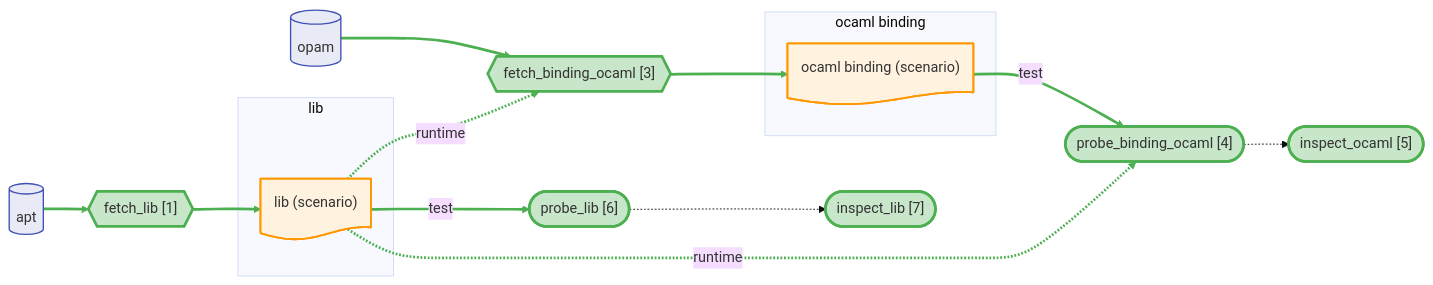
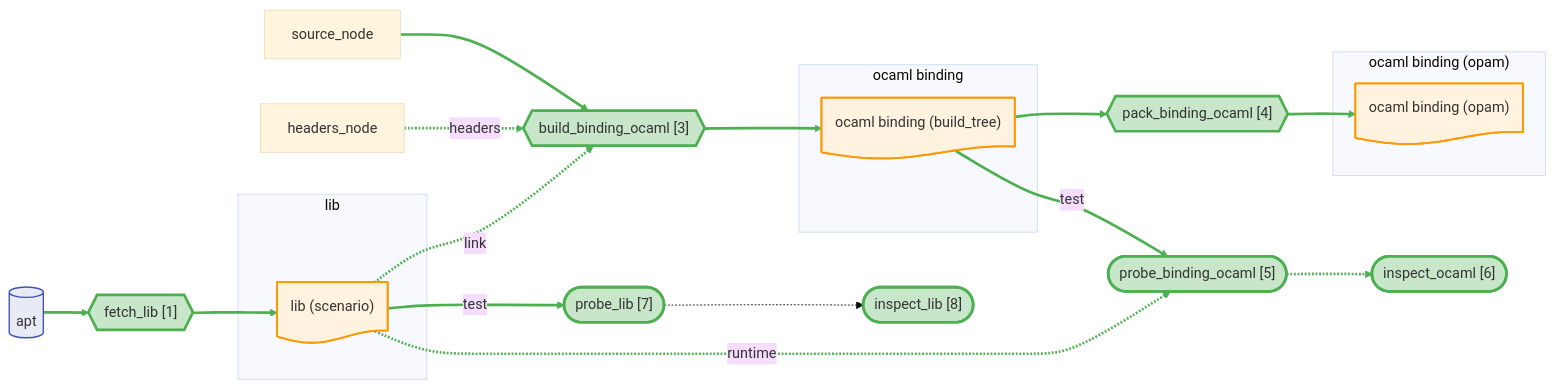
The diagram in docs/canary/projects/zarith/-run/diagrams/full.mmd (JHU-PL-Lab/tola), drawn with Mermaid (base theme) before and after one commit. The commit also changed 110 other files, not shown here.

```diff
--- a/docs/canary/projects/zarith/-run/diagrams/full.mmd
+++ b/docs/canary/projects/zarith/-run/diagrams/full.mmd
@@ -1,54 +1,65 @@
 %% view: full
 graph LR
     subgraph lib_sg ["lib"]
       lib_node@{ shape: doc, label: "lib (scenario)" }
     end
-    subgraph ocaml_binding_sg ["ocaml binding"]
-      ocaml_binding_node@{ shape: doc, label: "ocaml binding (scenario)" }
+    subgraph ocaml_binding_input_sg ["ocaml binding"]
+      ocaml_binding_build_tree_node@{ shape: doc, label: "ocaml binding (build_tree)" }
+    end
+    subgraph ocaml_binding_product_sg ["ocaml binding (opam)"]
+      ocaml_binding_opam_node@{ shape: doc, label: "ocaml binding (opam)" }
     end
 
     apt_store@{ shape: cyl, label: "apt" }
-    opam_store@{ shape: cyl, label: "opam" }
 
     A_fetch_lib{{"fetch_lib [1]"}}
-    A_fetch_binding_ocaml{{"fetch_binding_ocaml [3]"}}
-    A_probe_binding_ocaml(["probe_binding_ocaml [4]"])
-    A_probe_binding_ocaml_inspect(["inspect_ocaml [5]"])
-    A_probe_lib(["probe_lib [6]"])
-    A_probe_lib_inspect(["inspect_lib [7]"])
+    A_build_binding_ocaml{{"build_binding_ocaml [3]"}}
+    A_pack_binding_ocaml{{"pack_binding_ocaml [4]"}}
+    A_probe_binding_ocaml(["probe_binding_ocaml [5]"])
+    A_probe_binding_ocaml_inspect(["inspect_ocaml [6]"])
+    A_probe_lib(["probe_lib [7]"])
+    A_probe_lib_inspect(["inspect_lib [8]"])
 
     apt_store --> A_fetch_lib --> lib_node
     lib_node -->|test| A_probe_lib
-    opam_store --> A_fetch_binding_ocaml --> ocaml_binding_node
-    lib_node -.->|runtime| A_fetch_binding_ocaml
-    ocaml_binding_node -->|test| A_probe_binding_ocaml
+    source_node --> A_build_binding_ocaml
+    headers_node -.->|headers| A_build_binding_ocaml
+    lib_node -.->|link| A_build_binding_ocaml
+    A_build_binding_ocaml --> ocaml_binding_build_tree_node
+    ocaml_binding_build_tree_node --> A_pack_binding_ocaml
+    A_pack_binding_ocaml --> ocaml_binding_opam_node
+    ocaml_binding_build_tree_node -->|test| A_probe_binding_ocaml
     lib_node -.->|runtime| A_probe_binding_ocaml
     A_probe_binding_ocaml -.-> A_probe_binding_ocaml_inspect
     A_probe_lib -.-> A_probe_lib_inspect
 
     classDef artifact fill:#fff3e0,stroke:#ff9800,stroke-width:2px
     classDef store fill:#e8eaf6,stroke:#3f51b5,stroke-width:1.5px
     classDef st_done fill:#c8e6c9,stroke:#4caf50,stroke-width:3px
     classDef st_done_ctx fill:#e8f5e9,stroke:#a5d6a7,stroke-width:1.5px
     classDef st_expected_fail fill:#fff9c4,stroke:#f9a825,stroke-width:2px
     classDef st_failed fill:#ffcdd2,stroke:#c62828,stroke-width:2px
     classDef st_skipped fill:#f5f5f5,stroke:#9e9e9e,stroke-dasharray:5
     classDef st_nospec fill:#fafafa,stroke:#bdbdbd,stroke-dasharray:5
-    class lib_node,ocaml_binding_node artifact
+    class lib_node,ocaml_binding_build_tree_node,ocaml_binding_opam_node artifact
     class apt_store store
-    class opam_store store
     class A_fetch_lib st_done
     class A_fetch_binding_source_ocaml st_done
-    class A_fetch_binding_ocaml st_done
+    class A_build_binding_ocaml st_done
+    class A_pack_binding_ocaml st_done
     class A_probe_binding_ocaml st_done
     class A_probe_binding_ocaml_inspect st_done
     class A_probe_lib st_done
     class A_probe_lib_inspect st_done
     linkStyle 0 stroke:#4caf50,stroke-width:3px
     linkStyle 1 stroke:#4caf50,stroke-width:3px
     linkStyle 2 stroke:#4caf50,stroke-width:3px
     linkStyle 3 stroke:#4caf50,stroke-width:3px
     linkStyle 4 stroke:#4caf50,stroke-width:3px
     linkStyle 5 stroke:#4caf50,stroke-width:3px
     linkStyle 6 stroke:#4caf50,stroke-width:3px
     linkStyle 7 stroke:#4caf50,stroke-width:3px
+    linkStyle 8 stroke:#4caf50,stroke-width:3px
+    linkStyle 9 stroke:#4caf50,stroke-width:3px
+    linkStyle 10 stroke:#4caf50,stroke-width:3px
+    linkStyle 11 stroke:#4caf50,stroke-width:3px
```
